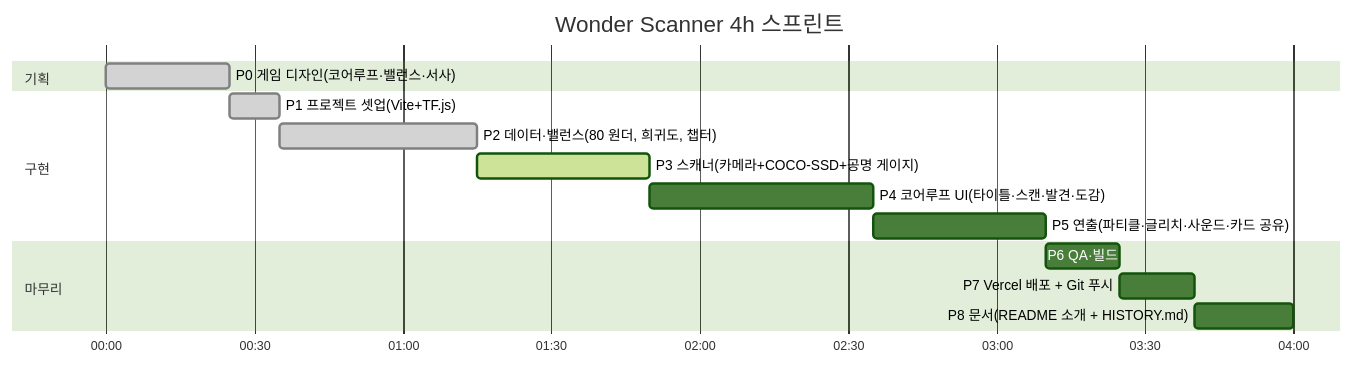
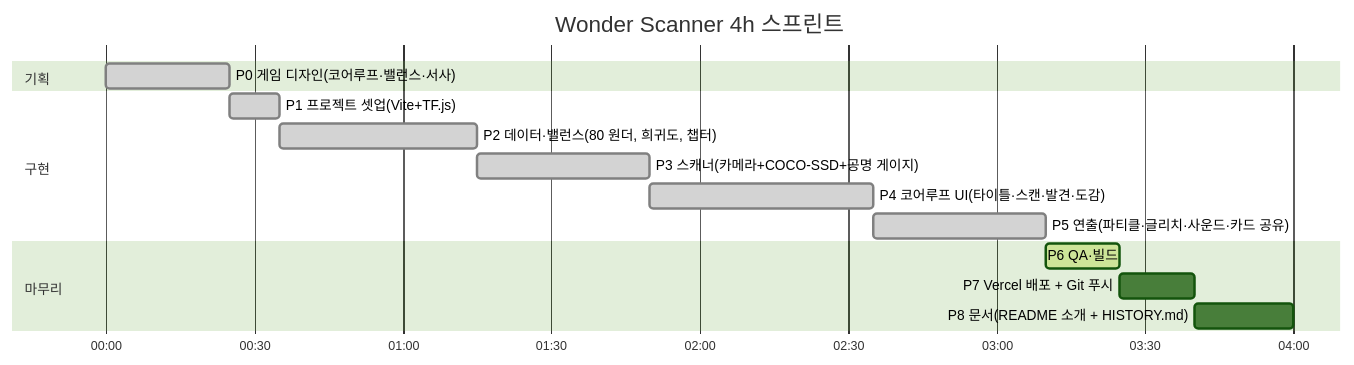
One commit to akillness/wonder_scanner changed the first of 2 diagrams in README.md. Above: the diagram before and after it, drawn with Mermaid (forest theme). The commit also changed other lines of this file and 8 other files, not shown here.

````diff
--- a/README.md
+++ b/README.md
@@ -13,18 +13,18 @@
 ```mermaid
 gantt
     title Wonder Scanner 4h 스프린트
     dateFormat  HH:mm
     axisFormat  %H:%M
     section 기획
     P0 게임 디자인(코어루프·밸런스·서사)   :done, p0, 00:00, 25m
     section 구현
     P1 프로젝트 셋업(Vite+TF.js)          :done, p1, after p0, 10m
     P2 데이터·밸런스(80 원더, 희귀도, 챕터) :done, p2, after p1, 40m
-    P3 스캐너(카메라+COCO-SSD+공명 게이지)  :active, p3, after p2, 35m
-    P4 코어루프 UI(타이틀·스캔·발견·도감)   :p4, after p3, 45m
-    P5 연출(파티클·글리치·사운드·카드 공유)  :p5, after p4, 35m
+    P3 스캐너(카메라+COCO-SSD+공명 게이지)  :done, p3, after p2, 35m
+    P4 코어루프 UI(타이틀·스캔·발견·도감)   :done, p4, after p3, 45m
+    P5 연출(파티클·글리치·사운드·카드 공유)  :done, p5, after p4, 35m
     section 마무리
-    P6 QA·빌드                             :p6, after p5, 15m
+    P6 QA·빌드                             :active, p6, after p5, 15m
     P7 Vercel 배포 + Git 푸시               :p7, after p6, 15m
     P8 문서(README 소개 + HISTORY.md)       :p8, after p7, 20m
 ```
````
